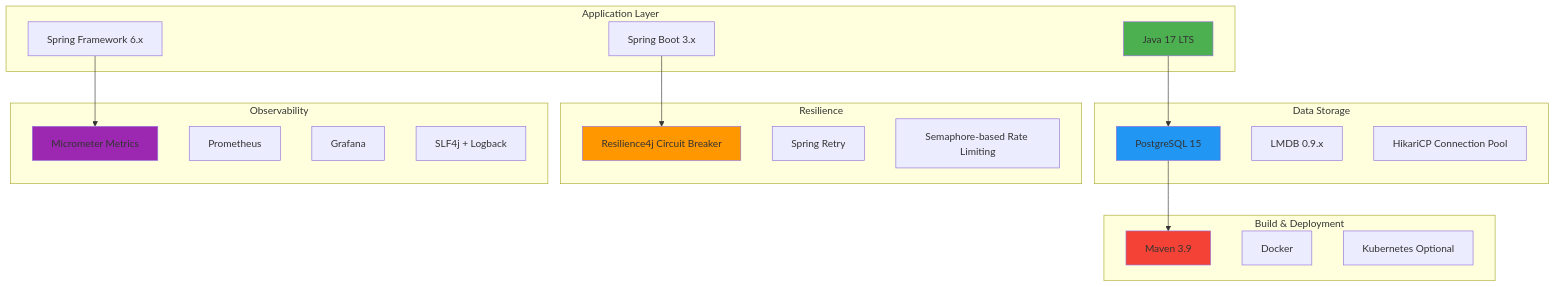
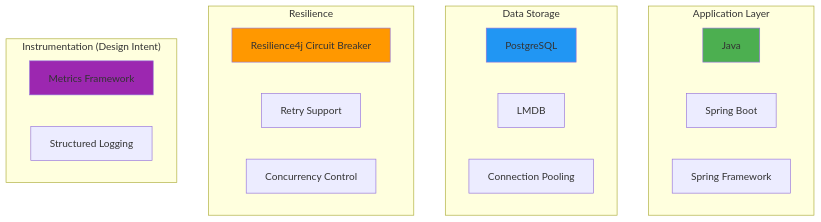
The fourth of 8 diagrams in docs/High Level Designs/ScheduledPerfectMatchesCreation.md (kagit00/schedule_x), drawn with Mermaid before and after one commit. The commit also changed other lines of this file and 7 other files, not shown here.

````diff
--- a/docs/High Level Designs/ScheduledPerfectMatchesCreation.md
+++ b/docs/High Level Designs/ScheduledPerfectMatchesCreation.md
@@ -252,44 +244,30 @@
 ```mermaid
 graph TB
     subgraph "Application Layer"
-        A1[Java 17 LTS]
-        A2[Spring Boot 3.x]
-        A3[Spring Framework 6.x]
+        A1[Java]
+        A2[Spring Boot]
+        A3[Spring Framework]
     end
     
     subgraph "Data Storage"
-        B1[PostgreSQL 15]
-        B2[LMDB 0.9.x]
-        B3[HikariCP Connection Pool]
+        B1[PostgreSQL]
+        B2[LMDB]
+        B3[Connection Pooling]
     end
     
     subgraph "Resilience"
         C1[Resilience4j Circuit Breaker]
-        C2[Spring Retry]
-        C3[Semaphore-based Rate Limiting]
+        C2[Retry Support]
+        C3[Concurrency Control]
     end
     
-    subgraph "Observability"
-        D1[Micrometer Metrics]
-        D2[Prometheus]
-        D3[Grafana]
-        D4[SLF4j + Logback]
+    subgraph "Instrumentation (Design Intent)"
+        D1[Metrics Framework]
+        D2[Structured Logging]
     end
-    
-    subgraph "Build & Deployment"
-        E1[Maven 3.9]
-        E2[Docker]
-        E3[Kubernetes Optional]
-    end
-    
-    A1 --> B1
-    A2 --> C1
-    A3 --> D1
-    B1 --> E1
     
     style A1 fill:#4CAF50
     style B1 fill:#2196F3
     style C1 fill:#FF9800
     style D1 fill:#9C27B0
-    style E1 fill:#F44336
 ```
````
